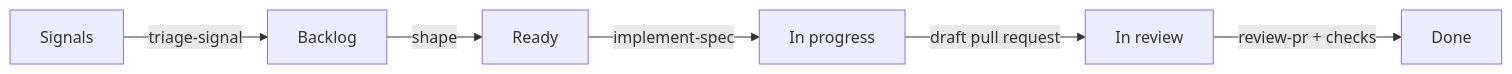
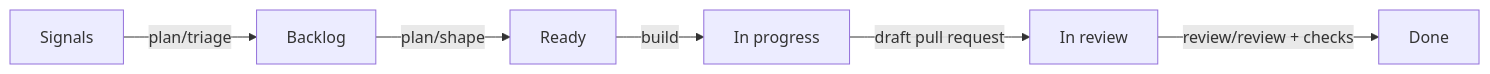
One commit to dmitriywind/agentic-sdlc changed the diagram in docs/guide/2-a-ticket.md. Above: the diagram before and after it, drawn with Mermaid. The commit also changed other lines of this file and 34 other files, not shown here.

````diff
--- a/docs/guide/2-a-ticket.md
+++ b/docs/guide/2-a-ticket.md
@@ -8,8 +8,8 @@
 ```mermaid
 flowchart LR
-  sig["Signals"]:::board -->|"triage-signal"| bl["Backlog"]:::board
-  bl -->|"shape"| rd["Ready"]:::board
-  rd -->|"implement-spec"| ip["In progress"]:::board
+  sig["Signals"]:::board -->|"plan/triage"| bl["Backlog"]:::board
+  bl -->|"plan/shape"| rd["Ready"]:::board
+  rd -->|"build"| ip["In progress"]:::board
   ip -->|"draft pull request"| ir["In review"]:::board
-  ir -->|"review-pr + checks"| dn["Done"]:::ci
+  ir -->|"review/review + checks"| dn["Done"]:::ci
 ```
````
